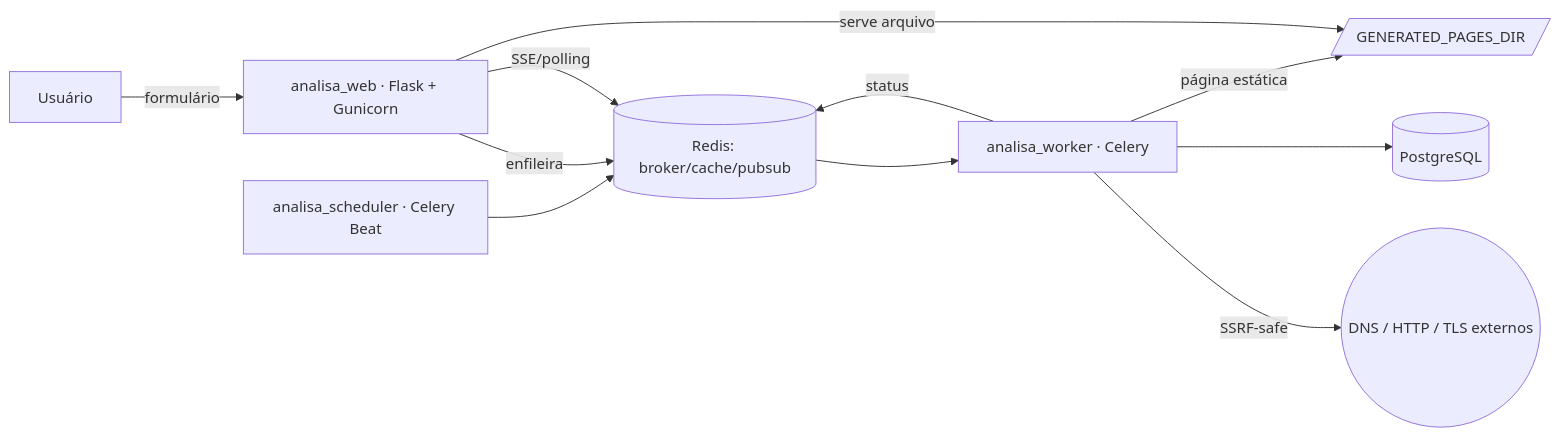
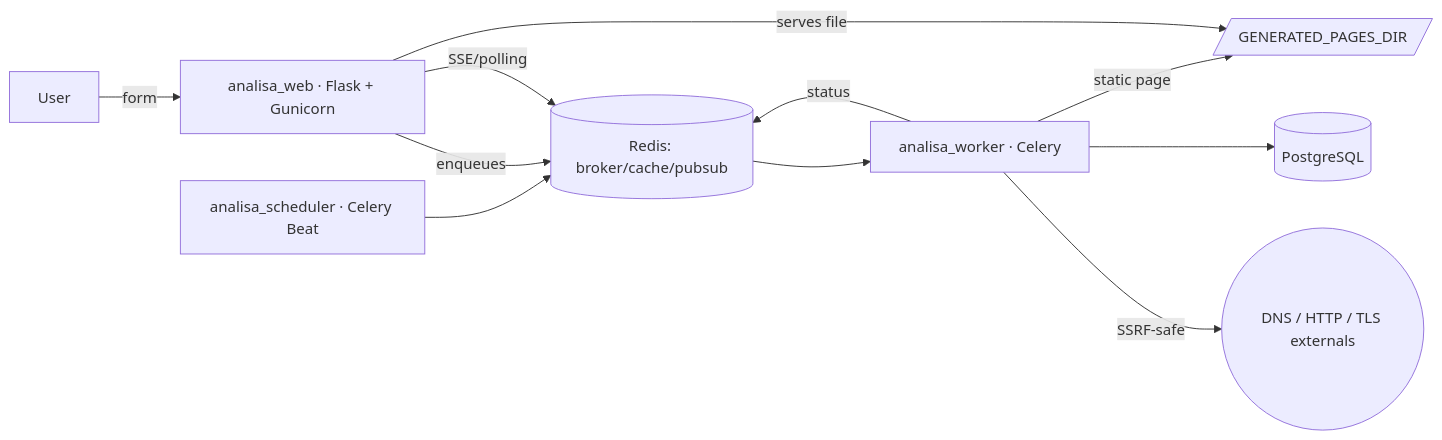
The diagram in docs/architecture.md (eduardostorini/analista.to), drawn with Mermaid before and after one commit. The commit also changed other lines of this file and 121 other files, not shown here.

````diff
--- a/docs/architecture.md
+++ b/docs/architecture.md
@@ -5,13 +5,13 @@
 ```mermaid
 flowchart LR
-  U[Usuário] -->|formulário| Web[analisa_web · Flask + Gunicorn]
-  Web -->|enfileira| Redis[(Redis: broker/cache/pubsub)]
+  U[User] -->|form| Web[analisa_web · Flask + Gunicorn]
+  Web -->|enqueues| Redis[(Redis: broker/cache/pubsub)]
   Redis --> Worker[analisa_worker · Celery]
-  Worker -->|SSRF-safe| Internet((DNS / HTTP / TLS externos))
+  Worker -->|SSRF-safe| Internet((DNS / HTTP / TLS externals))
   Worker --> DB[(PostgreSQL)]
   Worker -->|status| Redis
   Web -->|SSE/polling| Redis
-  Worker -->|página estática| Disk[/GENERATED_PAGES_DIR/]
-  Web -->|serve arquivo| Disk
+  Worker -->|static page| Disk[/GENERATED_PAGES_DIR/]
+  Web -->|serves file| Disk
   Scheduler[analisa_scheduler · Celery Beat] --> Redis
 ```
````
